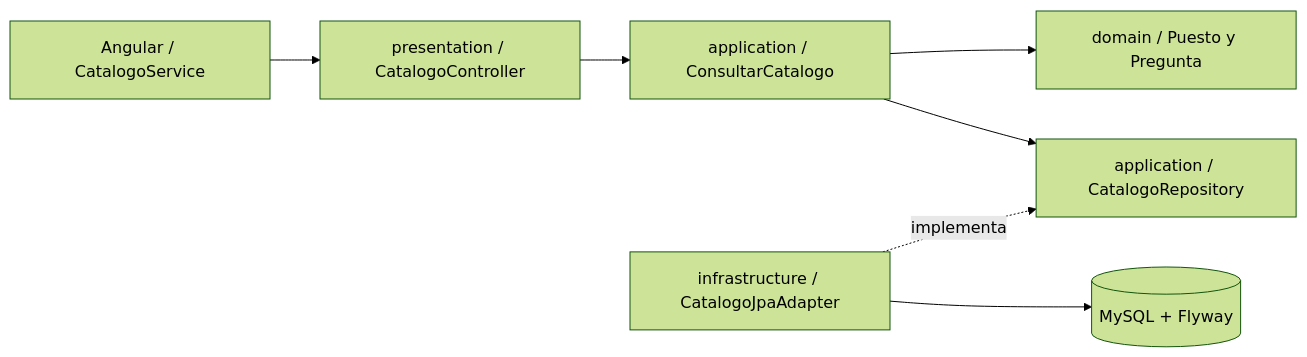
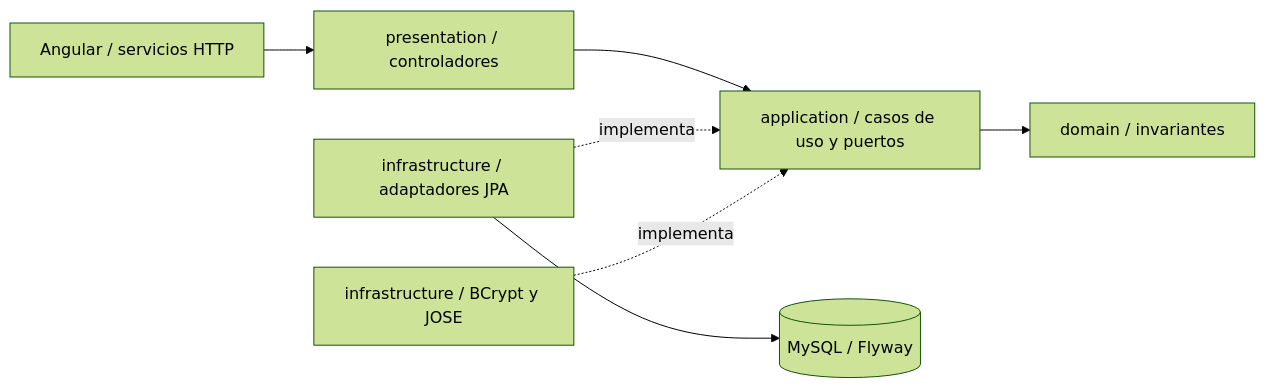
The diagram in docs/arquitectura.md (Luayzzhub/entrevista-pro-360), drawn with Mermaid (forest theme) before and after one commit. The commit also changed other lines of this file and 64 other files, not shown here.

````diff
--- a/docs/arquitectura.md
+++ b/docs/arquitectura.md
@@ -14,9 +14,9 @@
 ```mermaid
 flowchart LR
-  UI[Angular / CatalogoService] --> REST[presentation / CatalogoController]
-  REST --> IN[application / ConsultarCatalogo]
-  IN --> DOMAIN[domain / Puesto y Pregunta]
-  IN --> PORT[application / CatalogoRepository]
-  JPA[infrastructure / CatalogoJpaAdapter] -. implementa .-> PORT
-  JPA --> MYSQL[(MySQL + Flyway)]
+  UI[Angular / servicios HTTP] --> REST[presentation / controladores]
+  REST --> UC[application / casos de uso y puertos]
+  UC --> D[domain / invariantes]
+  JPA[infrastructure / adaptadores JPA] -. implementa .-> UC
+  CRYPTO[infrastructure / BCrypt y JOSE] -. implementa .-> UC
+  JPA --> DB[(MySQL / Flyway)]
 ```
````
